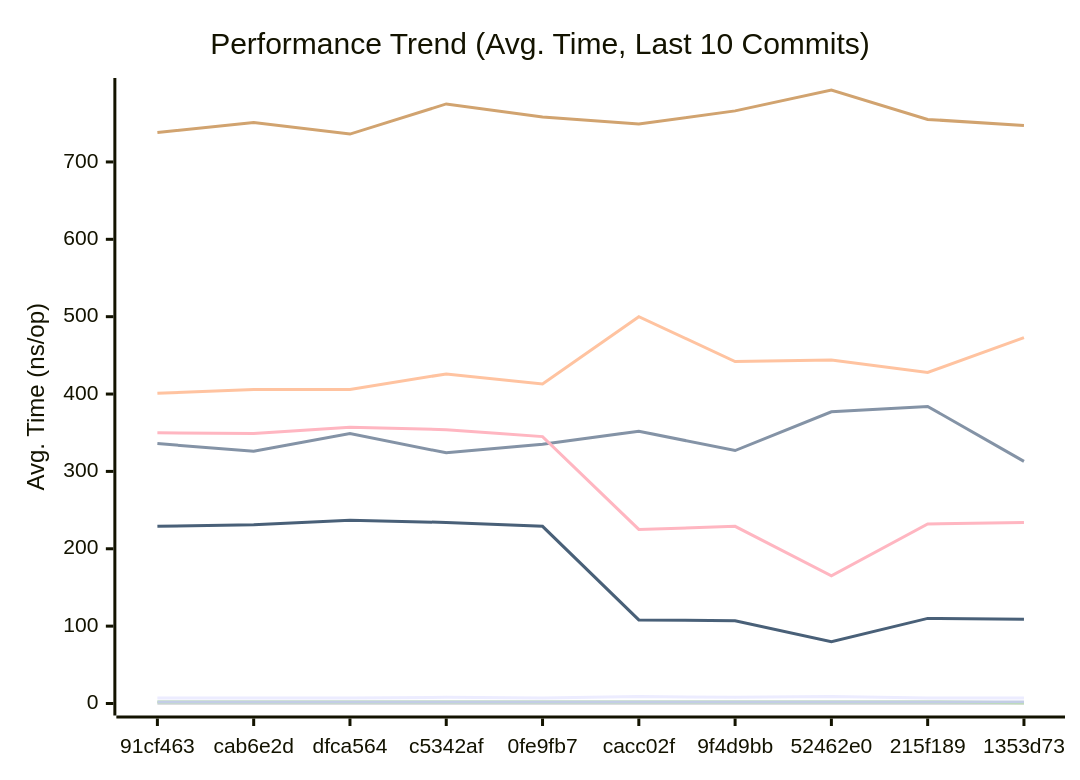
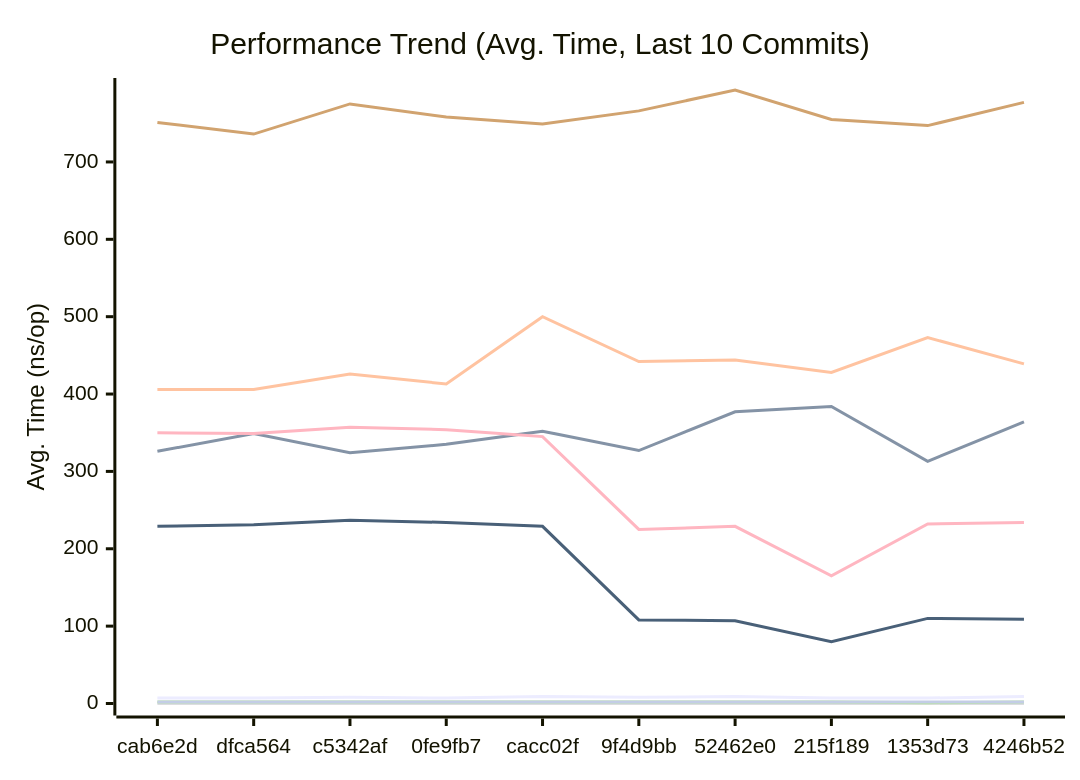
One commit to alsotoes/momo changed the first of 3 diagrams in docs/PERFORMANCE.md. Above: the diagram before and after it, drawn with Mermaid. The commit also changed other lines of this file and 4 other files, not shown here.

````diff
--- a/docs/PERFORMANCE.md
+++ b/docs/PERFORMANCE.md
@@ -80,16 +80,16 @@
 ```mermaid
 xychart-beta
     title "Performance Trend (Avg. Time, Last 10 Commits)"
     x-axis "Commit"
     y-axis "Avg. Time (ns/op)"
-    x-axis [91cf463,cab6e2d,dfca564,c5342af,0fe9fb7,cacc02f,9f4d9bb,52462e0,215f189,1353d73]
-    line "CheckMetricsAndSwap" [7,7,7,8,7,9,8,9,7,7]
-    line "CrushOptimized" [336,326,349,324,335,352,327,377,384,313]
-    line "CrushOriginal" [401,406,406,426,413,500,442,444,428,473]
+    x-axis [cab6e2d,dfca564,c5342af,0fe9fb7,cacc02f,9f4d9bb,52462e0,215f189,1353d73,4246b52]
+    line "CheckMetricsAndSwap" [7,7,8,7,9,8,9,7,7,9]
+    line "CrushOptimized" [326,349,324,335,352,327,377,384,313,364]
+    line "CrushOriginal" [406,406,426,413,500,442,444,428,473,439]
     line "IndexDirectTracking" [0,0,0,0,0,0,0,0,0,0]
-    line "IndexSearch" [2,2,2,2,2,2,2,2,2,1]
-    line "LoadGlobalConfig" [738,751,736,775,758,749,766,793,755,747]
+    line "IndexSearch" [2,2,2,2,2,2,2,2,1,2]
+    line "LoadGlobalConfig" [751,736,775,758,749,766,793,755,747,777]
     line "PadString" [2,2,2,2,2,2,2,2,2,2]
     line "ParseReplicationOrder_NoPrealloc" [350,349,357,354,345,225,229,165,232,234]
     line "ParseReplicationOrder_Prealloc" [229,231,237,234,229,108,107,80,110,109]
 ```
````
